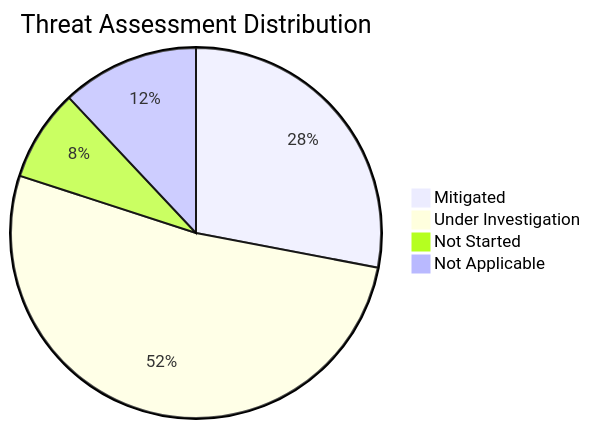
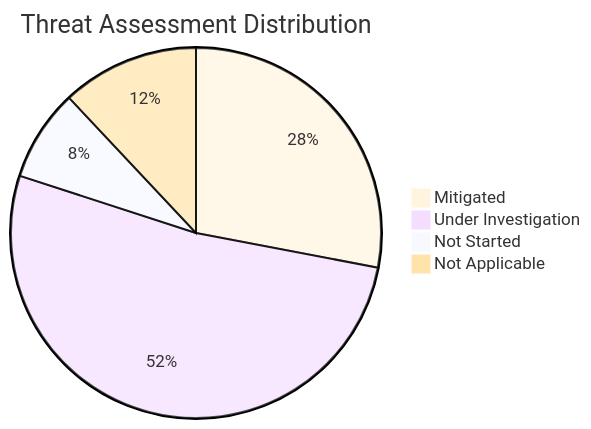
Before and after one commit to gprasanthi9/Debug-Squad-Seafile: the diagram in DFD.md, drawn with Mermaid.

````diff
--- a/DFD.md
+++ b/DFD.md
@@ -53,9 +53,10 @@
 ```mermaid
+%%{init: {'theme': 'base', 'themeVariables': {'background': '#ffffff'}}}%%
 pie
     title Threat Assessment Distribution
     "Mitigated" : 21
     "Under Investigation" : 39
     "Not Started" : 6
     "Not Applicable" : 9
 
 ```
````
